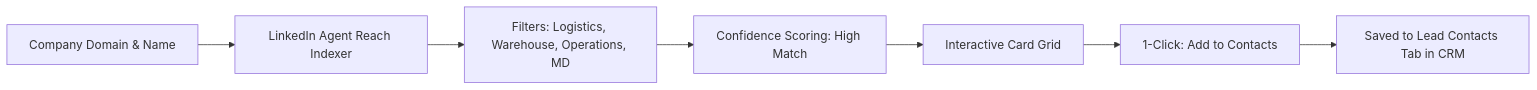
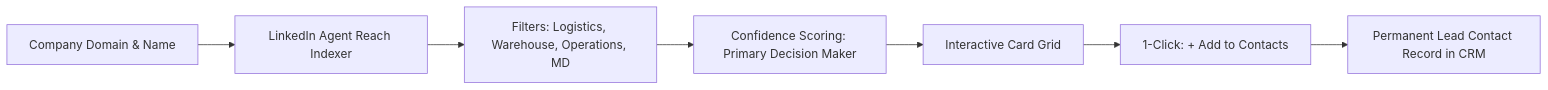
Before and after one commit to ankith88/prospectplus-application: the diagram in docs/Lead_Enrichment_and_Intelligence_Guide.md, drawn with Mermaid. The commit also changed other lines of this file and 12 other files, not shown here.

````diff
--- a/docs/Lead_Enrichment_and_Intelligence_Guide.md
+++ b/docs/Lead_Enrichment_and_Intelligence_Guide.md
@@ -126,9 +173,9 @@
 ```mermaid
 graph LR
     A[Company Domain & Name] --> B[LinkedIn Agent Reach Indexer]
     B --> C[Filters: Logistics, Warehouse, Operations, MD]
-    C --> D[Confidence Scoring: High Match]
+    C --> D[Confidence Scoring: Primary Decision Maker]
     D --> E[Interactive Card Grid]
-    E --> F[1-Click: Add to Contacts]
-    F --> G[Saved to Lead Contacts Tab in CRM]
+    E --> F[1-Click: + Add to Contacts]
+    F --> G[Permanent Lead Contact Record in CRM]
 ```
````
